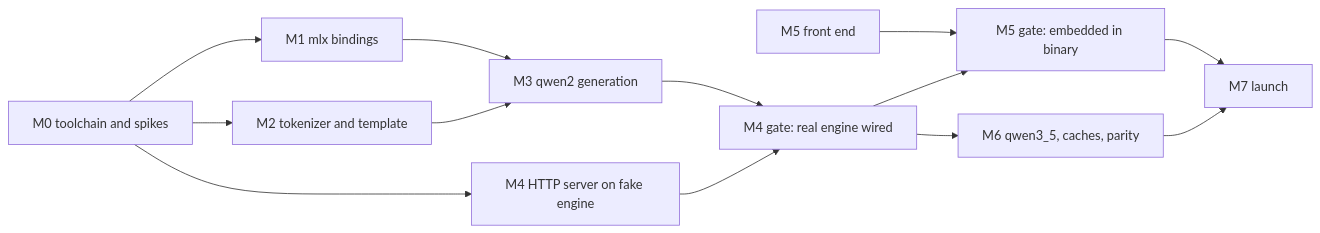
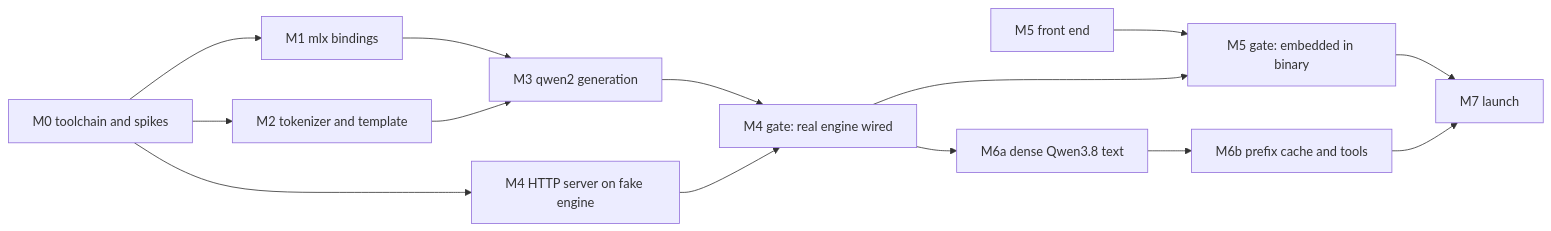
The second of 2 diagrams in docs/superpowers/plans/2026-11-21-mlx-lm-go-master-plan.md (bigshort2022/mlx-lm-go), drawn with Mermaid before and after one commit. The commit also changed other lines of this file and 1 other file, not shown here.

First line of the commit message:
docs: plan native Qwen3.8 text inference

````diff
--- a/docs/superpowers/plans/2026-11-21-mlx-lm-go-master-plan.md
+++ b/docs/superpowers/plans/2026-11-21-mlx-lm-go-master-plan.md
@@ -184,15 +186,16 @@
 ```mermaid
 graph LR
   M0[M0 toolchain and spikes] --> M1[M1 mlx bindings]
   M0 --> M2[M2 tokenizer and template]
   M1 --> M3[M3 qwen2 generation]
   M2 --> M3
   M0 --> M4[M4 HTTP server on fake engine]
   M3 --> M4b[M4 gate: real engine wired]
   M4 --> M4b
   M5[M5 front end] --> M5b[M5 gate: embedded in binary]
   M4b --> M5b
-  M4b --> M6[M6 qwen3_5, caches, parity]
+  M4b --> M6a[M6a dense Qwen3.8 text]
+  M6a --> M6b[M6b prefix cache and tools]
   M5b --> M7[M7 launch]
-  M6 --> M7
+  M6b --> M7
 ```
````
